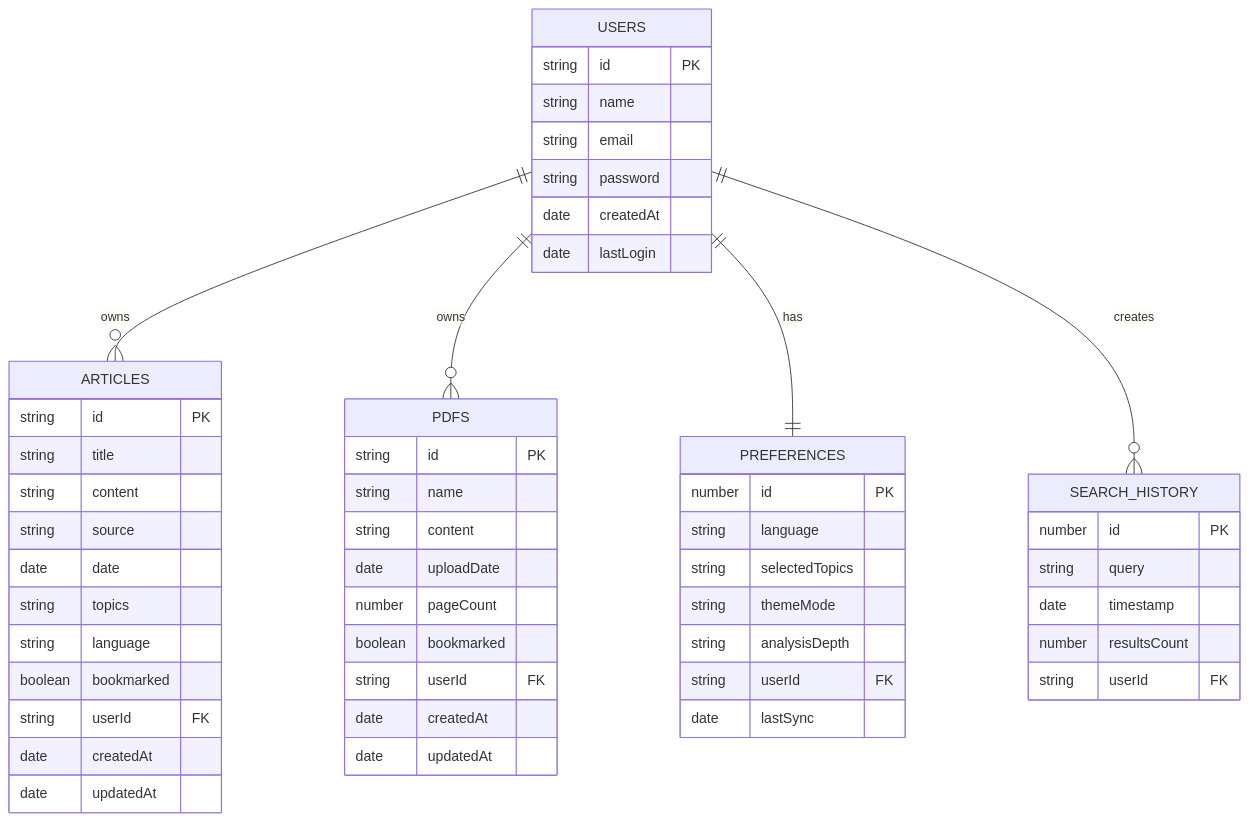
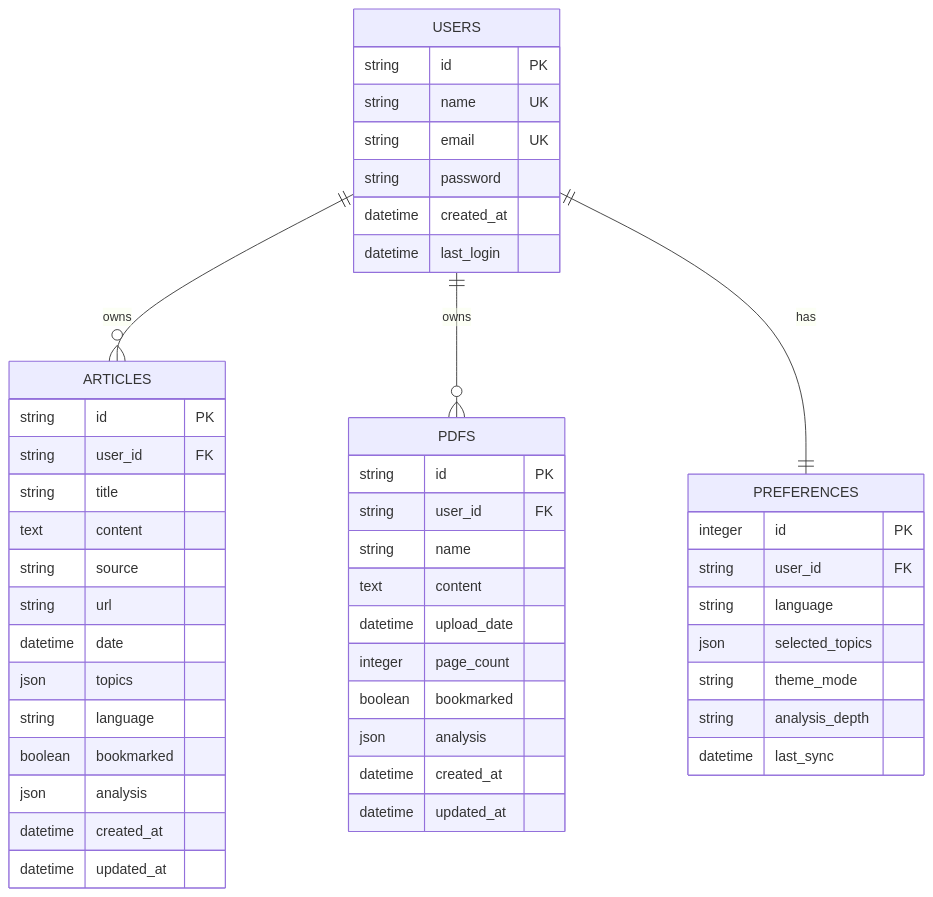
The third of 5 diagrams in README.md (Arshi9214/News-Aggregator-and-Analysis), drawn with Mermaid before and after one commit. The commit also changed other lines of this file and 17 other files, not shown here.

````diff
--- a/README.md
+++ b/README.md
@@ -273,60 +111,54 @@
 ```mermaid
 erDiagram
     USERS {
         string id PK
-        string name
-        string email
+        string name UK
+        string email UK
         string password
-        date createdAt
-        date lastLogin
+        datetime created_at
+        datetime last_login
     }
     
     ARTICLES {
         string id PK
+        string user_id FK
         string title
-        string content
+        text content
         string source
-        date date
-        string topics
+        string url
+        datetime date
+        json topics
         string language
         boolean bookmarked
-        string userId FK
-        date createdAt
-        date updatedAt
+        json analysis
+        datetime created_at
+        datetime updated_at
     }
     
     PDFS {
         string id PK
+        string user_id FK
         string name
-        string content
-        date uploadDate
-        number pageCount
+        text content
+        datetime upload_date
+        integer page_count
         boolean bookmarked
-        string userId FK
-        date createdAt
-        date updatedAt
+        json analysis
+        datetime created_at
+        datetime updated_at
     }
     
     PREFERENCES {
-        number id PK
+        integer id PK
+        string user_id FK
         string language
-        string selectedTopics
-        string themeMode
-        string analysisDepth
-        string userId FK
-        date lastSync
-    }
-    
-    SEARCH_HISTORY {
-        number id PK
-        string query
-        date timestamp
-        number resultsCount
-        string userId FK
+        json selected_topics
+        string theme_mode
+        string analysis_depth
+        datetime last_sync
     }
     
     USERS ||--o{ ARTICLES : owns
     USERS ||--o{ PDFS : owns
     USERS ||--|| PREFERENCES : has
-    USERS ||--o{ SEARCH_HISTORY : creates
 ```
````
